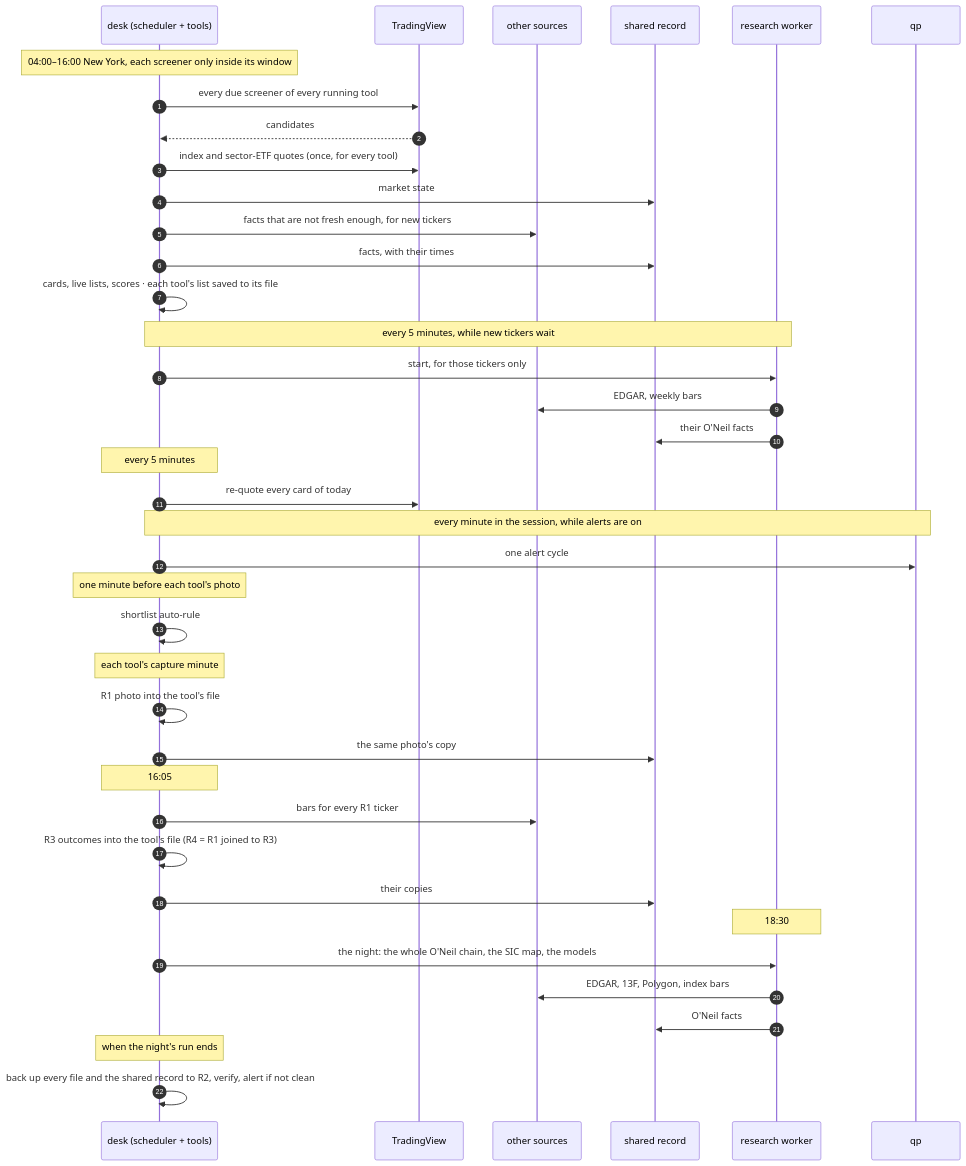
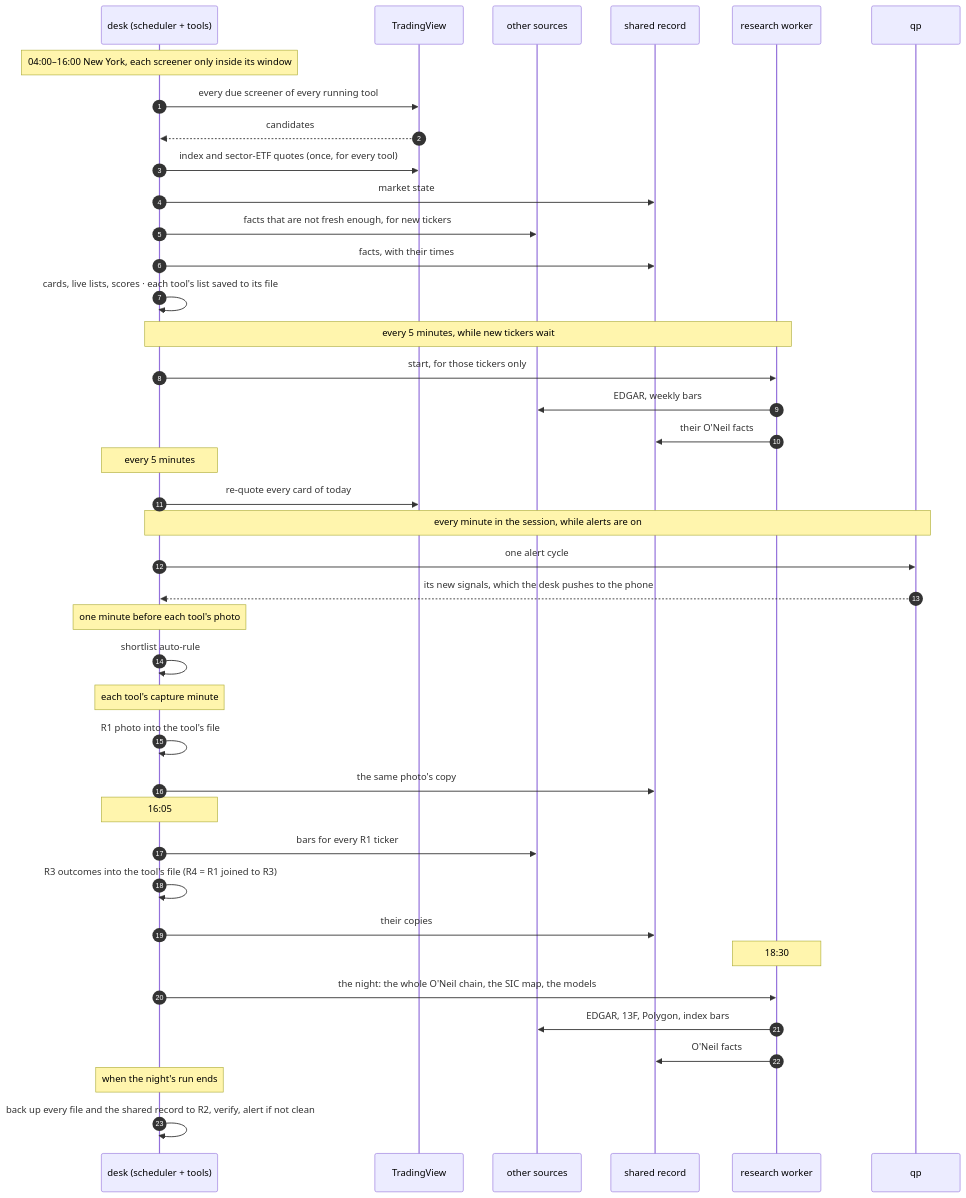
The second of 2 diagrams in ARCHITECTURE.md (Mohamed-albadri-1995/Trade-Disk), drawn with Mermaid before and after one commit. The commit also changed other lines of this file and 12 other files, not shown here.

````diff
--- a/ARCHITECTURE.md
+++ b/ARCHITECTURE.md
@@ -495,41 +502,42 @@
 ```mermaid
 sequenceDiagram
   autonumber
   participant D as desk (scheduler + tools)
   participant TV as TradingView
   participant SRC as other sources
   participant PG as shared record
   participant RW as research worker
   participant Q as qp
   Note over D: 04:00–16:00 New York, each screener only inside its window
   D->>TV: every due screener of every running tool
   TV-->>D: candidates
   D->>TV: index and sector-ETF quotes (once, for every tool)
   D->>PG: market state
   D->>SRC: facts that are not fresh enough, for new tickers
   D->>PG: facts, with their times
   D->>D: cards, live lists, scores · each tool's list saved to its file
   Note over D,RW: every 5 minutes, while new tickers wait
   D->>RW: start, for those tickers only
   RW->>SRC: EDGAR, weekly bars
   RW->>PG: their O'Neil facts
   Note over D: every 5 minutes
   D->>TV: re-quote every card of today
   Note over D,Q: every minute in the session, while alerts are on
   D->>Q: one alert cycle
+  Q-->>D: its new signals, which the desk pushes to the phone
   Note over D: one minute before each tool's photo
   D->>D: shortlist auto-rule
   Note over D: each tool's capture minute
   D->>D: R1 photo into the tool's file
   D->>PG: the same photo's copy
   Note over D: 16:05
   D->>SRC: bars for every R1 ticker
   D->>D: R3 outcomes into the tool's file (R4 = R1 joined to R3)
   D->>PG: their copies
   Note over RW: 18:30
   D->>RW: the night: the whole O'Neil chain, the SIC map, the models
   RW->>SRC: EDGAR, 13F, Polygon, index bars
   RW->>PG: O'Neil facts
   Note over D: when the night's run ends
   D->>D: back up every file and the shared record to R2, verify, alert if not clean
 ```
````
